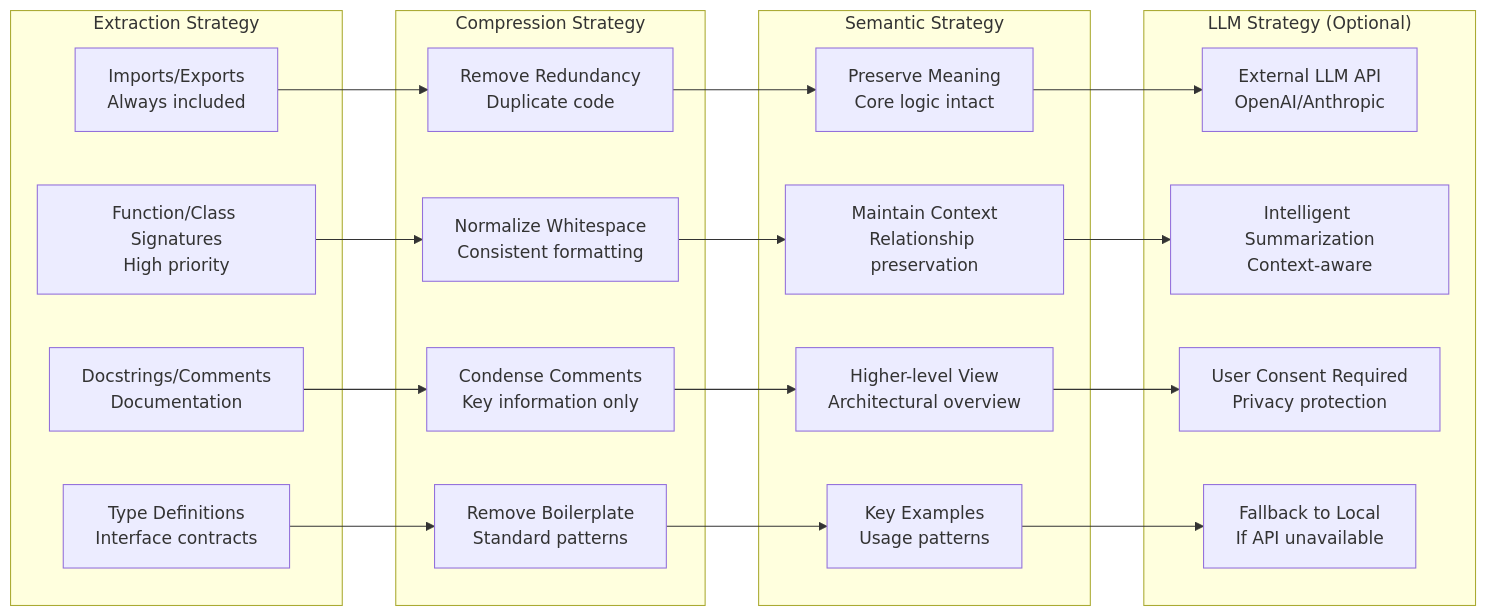
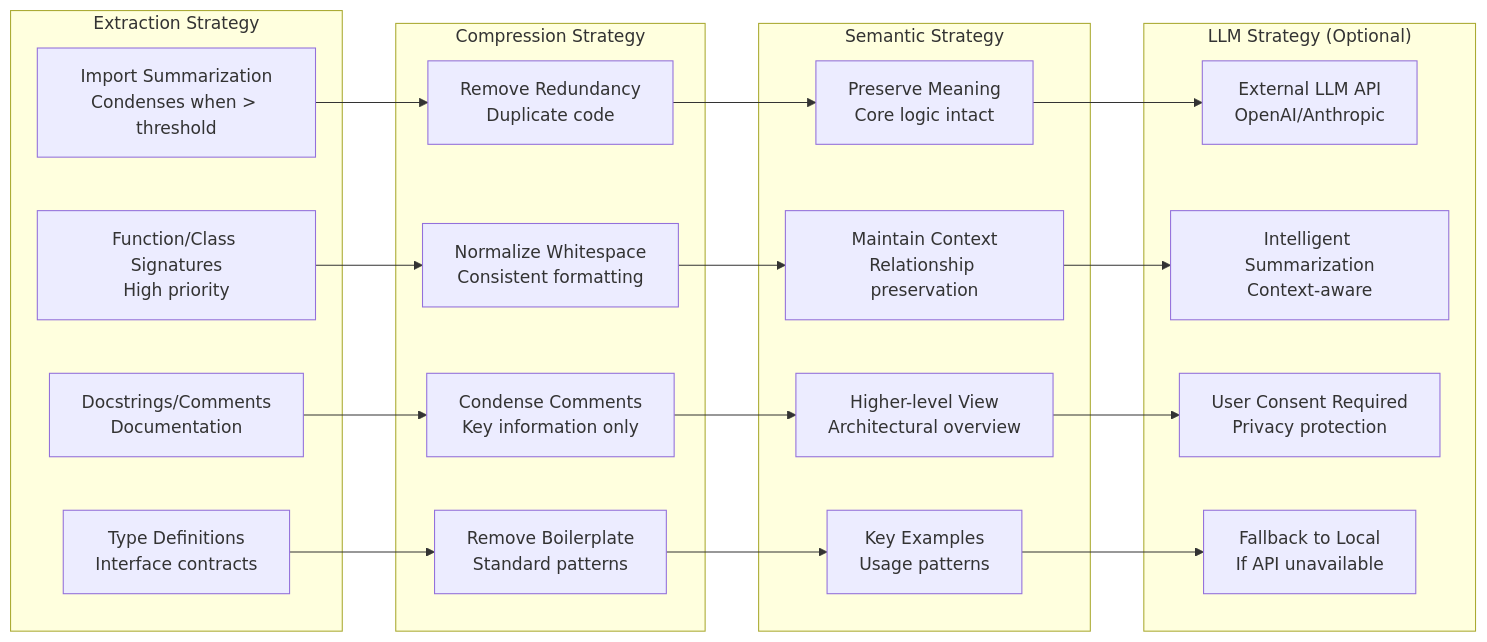
Before and after one commit to jddunn/tenets: diagram 15 of 32 in docs/ARCHITECTURE.md, drawn with Mermaid. The commit also changed other lines of this file and 19 other files, not shown here.

````diff
--- a/docs/ARCHITECTURE.md
+++ b/docs/ARCHITECTURE.md
@@ -903,45 +1219,45 @@
 ```mermaid
 graph LR
     subgraph "Extraction Strategy"
-        IMPORTS_EX[Imports/Exports<br/>Always included]
+        IMPORTS_EX[Import Summarization<br/>Condenses when > threshold]
         SIGNATURES[Function/Class Signatures<br/>High priority]
         DOCSTRINGS[Docstrings/Comments<br/>Documentation]
         TYPES[Type Definitions<br/>Interface contracts]
     end
 
     subgraph "Compression Strategy"
         REDUNDANCY[Remove Redundancy<br/>Duplicate code]
         WHITESPACE[Normalize Whitespace<br/>Consistent formatting]
         COMMENTS[Condense Comments<br/>Key information only]
         BOILERPLATE[Remove Boilerplate<br/>Standard patterns]
     end
 
     subgraph "Semantic Strategy"
         MEANING[Preserve Meaning<br/>Core logic intact]
         CONTEXT[Maintain Context<br/>Relationship preservation]
         ABSTRACTIONS[Higher-level View<br/>Architectural overview]
         EXAMPLES[Key Examples<br/>Usage patterns]
     end
 
     subgraph "LLM Strategy (Optional)"
         EXTERNAL_API[External LLM API<br/>OpenAI/Anthropic]
         INTELLIGENT[Intelligent Summarization<br/>Context-aware]
         CONSENT[User Consent Required<br/>Privacy protection]
         FALLBACK[Fallback to Local<br/>If API unavailable]
     end
 
     IMPORTS_EX --> REDUNDANCY
     SIGNATURES --> WHITESPACE
     DOCSTRINGS --> COMMENTS
     TYPES --> BOILERPLATE
 
     REDUNDANCY --> MEANING
     WHITESPACE --> CONTEXT
     COMMENTS --> ABSTRACTIONS
     BOILERPLATE --> EXAMPLES
 
     MEANING --> EXTERNAL_API
     CONTEXT --> INTELLIGENT
     ABSTRACTIONS --> CONSENT
     EXAMPLES --> FALLBACK
 ```
````
